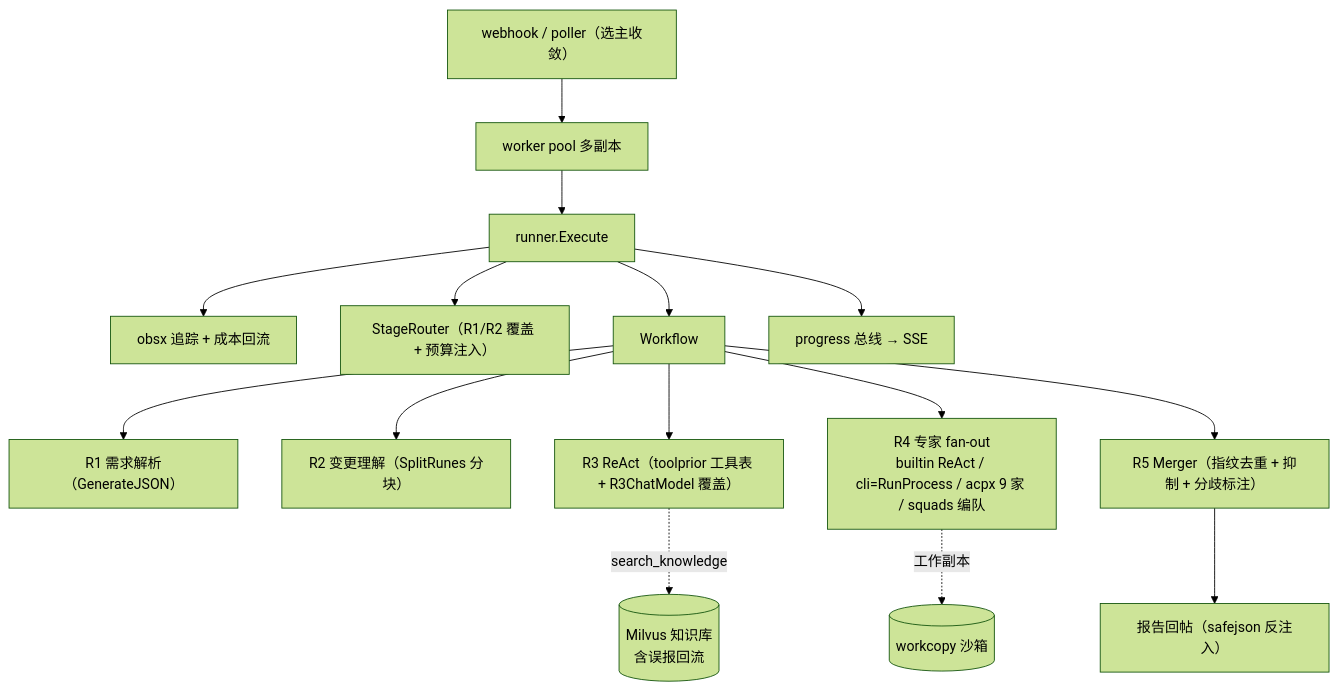
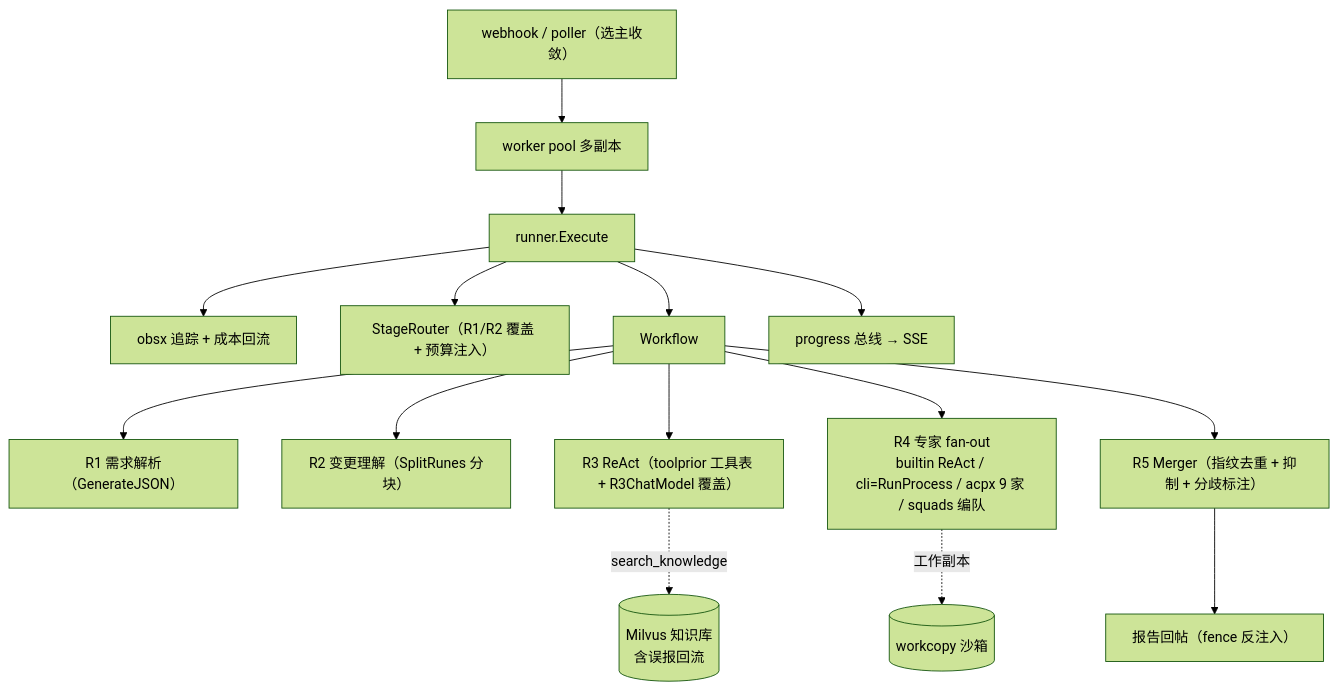
Before and after one commit to yi-nology/agentkit: the sixth of 6 diagrams in docs/FRAMEWORK.md, drawn with Mermaid (forest theme). The commit also changed other lines of this file and 2 other files, not shown here.

Commit message:
docs: 版本面与包面对齐 v0.10.9（safejson 并入 fence / 34 包 / 单源化条目）

````diff
--- a/docs/FRAMEWORK.md
+++ b/docs/FRAMEWORK.md
@@ -1107,17 +1118,17 @@
 ```mermaid
 flowchart TD
     WH["webhook / poller（选主收敛）"] --> WP["worker pool 多副本"]
     WP --> EX["runner.Execute"]
     EX --> OBS["obsx 追踪 + 成本回流"]
     EX --> SR["StageRouter（R1/R2 覆盖 + 预算注入）"]
     EX --> WF["Workflow"]
     WF --> R1["R1 需求解析（GenerateJSON）"]
     WF --> R2["R2 变更理解（SplitRunes 分块）"]
     WF --> R3["R3 ReAct（toolprior 工具表 + R3ChatModel 覆盖）"]
     WF --> R4["R4 专家 fan-out<br/>builtin ReAct / cli=RunProcess / acpx 9 家 / squads 编队"]
     WF --> R5["R5 Merger（指纹去重 + 抑制 + 分歧标注）"]
     R3 -. "search_knowledge" .-> KW[("Milvus 知识库<br/>含误报回流")]
     R4 -. "工作副本" .-> WC[("workcopy 沙箱")]
-    R5 --> POST["报告回帖（safejson 反注入）"]
+    R5 --> POST["报告回帖（fence 反注入）"]
     EX --> BUS["progress 总线 → SSE"]
 ```
````
